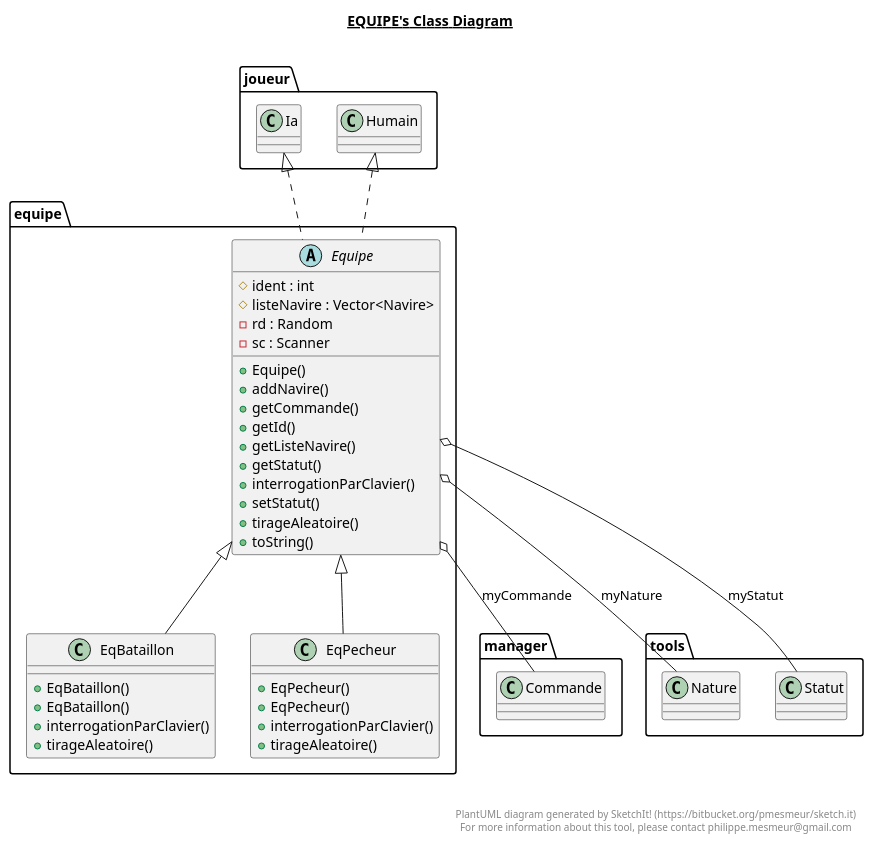
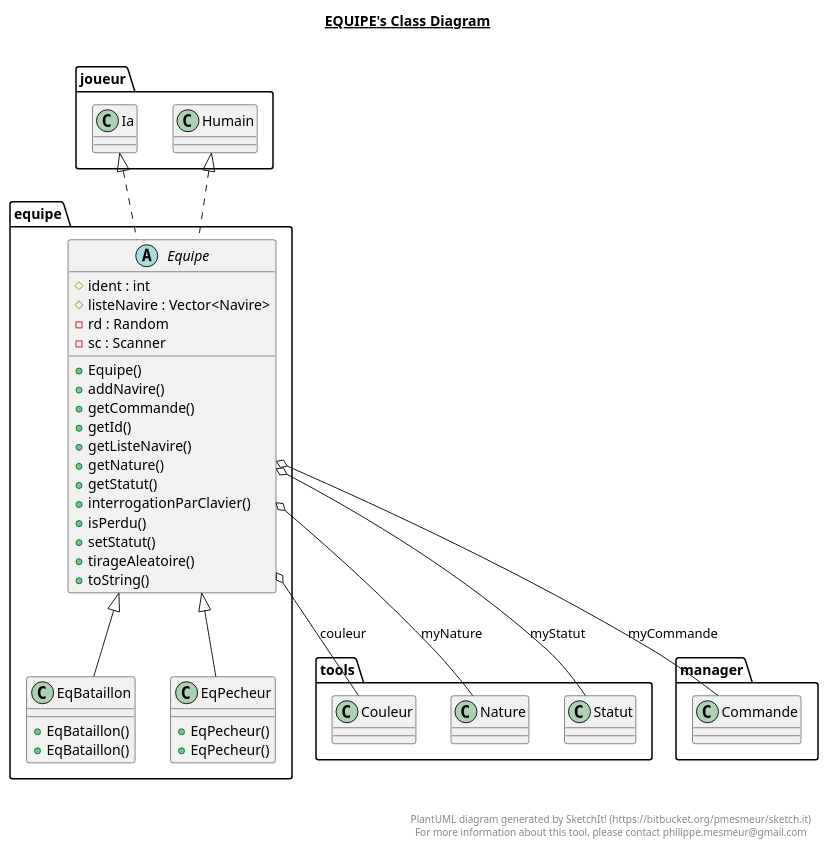
The diagram in src/equipe/equipe.plantuml (JulianT31/Bataille-Navale), drawn with PlantUML before and after one commit. The commit also changed 28 other files, not shown here.

```diff
--- a/src/equipe/equipe.plantuml
+++ b/src/equipe/equipe.plantuml
@@ -1,61 +1,60 @@
 @startuml
 
 title __EQUIPE's Class Diagram__\n
 
     namespace equipe {
       class equipe.EqBataillon {
           + EqBataillon()
           + EqBataillon()
-          + interrogationParClavier()
-          + tirageAleatoire()
       }
     }
   
 
     namespace equipe {
       class equipe.EqPecheur {
           + EqPecheur()
           + EqPecheur()
-          + interrogationParClavier()
-          + tirageAleatoire()
       }
     }
   
 
     namespace equipe {
       abstract class equipe.Equipe {
           # ident : int
           # listeNavire : Vector<Navire>
           - rd : Random
           - sc : Scanner
           + Equipe()
           + addNavire()
           + getCommande()
           + getId()
           + getListeNavire()
+          + getNature()
           + getStatut()
           + interrogationParClavier()
+          + isPerdu()
           + setStatut()
           + tirageAleatoire()
           + toString()
       }
     }
   
 
   equipe.EqBataillon -up-|> equipe.Equipe
   equipe.EqPecheur -up-|> equipe.Equipe
   equipe.Equipe .up.|> joueur.Humain
   equipe.Equipe .up.|> joueur.Ia
+  equipe.Equipe o-- tools.Couleur : couleur
   equipe.Equipe o-- manager.Commande : myCommande
   equipe.Equipe o-- tools.Nature : myNature
   equipe.Equipe o-- tools.Statut : myStatut
 
 
 right footer
 
 
 PlantUML diagram generated by SketchIt! (https://bitbucket.org/pmesmeur/sketch.it)
 For more information about this tool, please contact philippe.mesmeur@gmail.com
 endfooter
 
 @enduml
```
